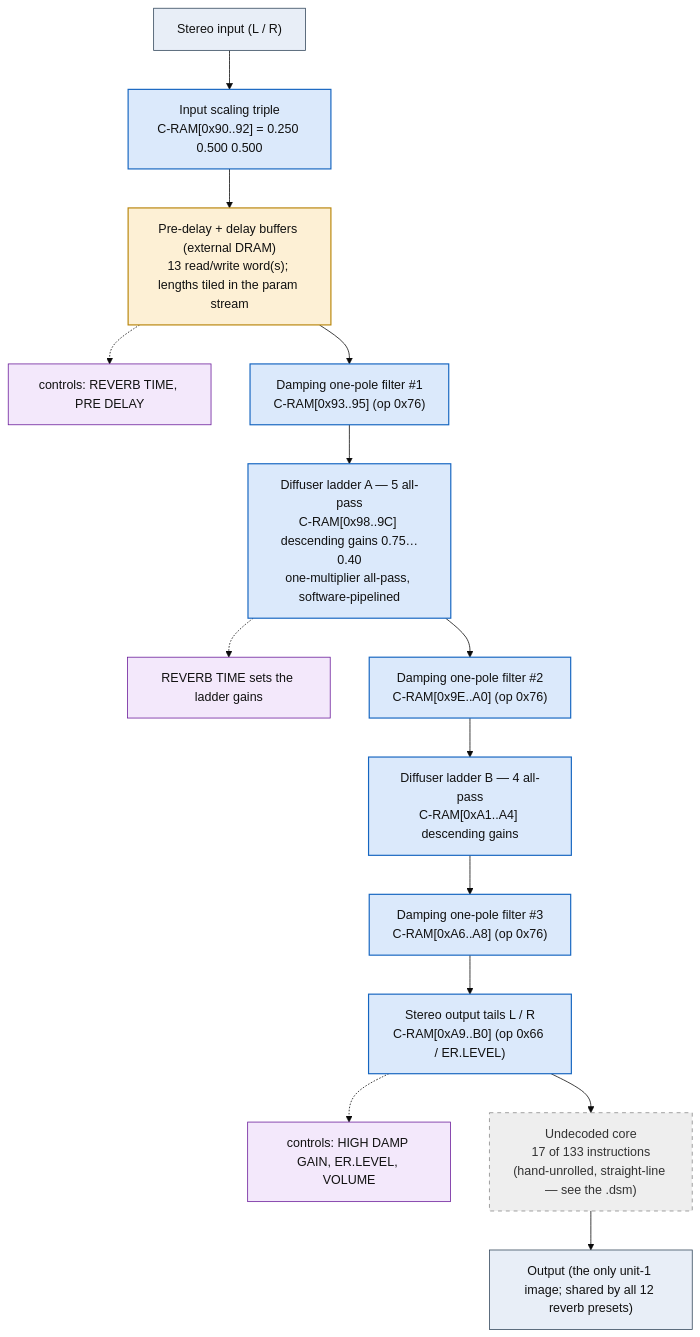
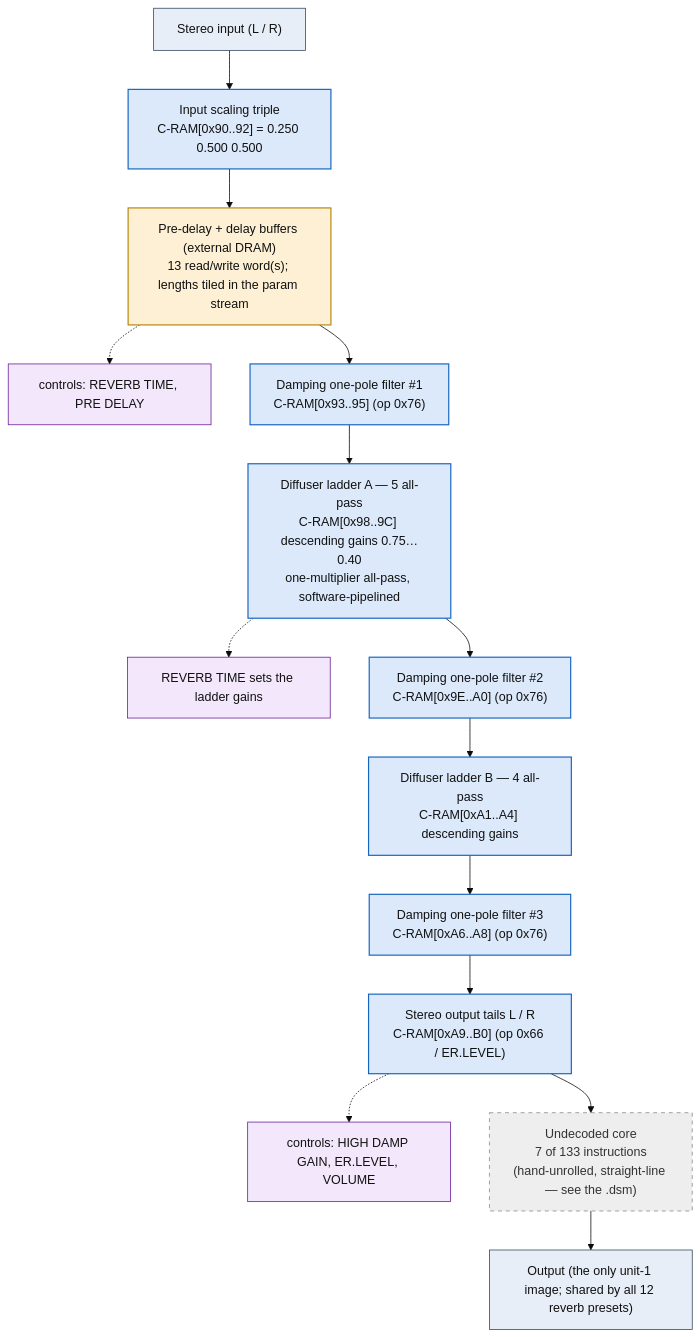
One commit to ArqueologiaDigital/kn5000-roms-disasm changed the diagram in dsp/flowcharts/prog16_room_reverb_1.md. Above: the diagram before and after it, drawn with Mermaid (base theme). The commit also changed other lines of this file and 78 other files, not shown here.

````diff
--- a/dsp/flowcharts/prog16_room_reverb_1.md
+++ b/dsp/flowcharts/prog16_room_reverb_1.md
@@ -12,42 +12,42 @@
 ```mermaid
 flowchart TD
     N0["Stereo input (L / R)"]
     N1["Input scaling triple<br/>C-RAM[0x90..92] = 0.250 0.500 0.500"]
     N0 --> N1
     N2["Pre-delay + delay buffers (external DRAM)<br/>13 read/write word(s); lengths tiled in the param stream"]
     N1 --> N2
     N3["controls: REVERB TIME, PRE DELAY"]
     N2 -.-> N3
     N4["Damping one-pole filter #1<br/>C-RAM[0x93..95] (op 0x76)"]
     N2 --> N4
     N5["Diffuser ladder A &mdash; 5 all-pass<br/>C-RAM[0x98..9C] descending gains 0.75&hellip;0.40<br/>one-multiplier all-pass, software-pipelined"]
     N4 --> N5
     N6["REVERB TIME sets the ladder gains"]
     N5 -.-> N6
     N7["Damping one-pole filter #2<br/>C-RAM[0x9E..A0] (op 0x76)"]
     N5 --> N7
     N8["Diffuser ladder B &mdash; 4 all-pass<br/>C-RAM[0xA1..A4] descending gains"]
     N7 --> N8
     N9["Damping one-pole filter #3<br/>C-RAM[0xA6..A8] (op 0x76)"]
     N8 --> N9
     N10["Stereo output tails L / R<br/>C-RAM[0xA9..B0] (op 0x66 / ER.LEVEL)"]
     N9 --> N10
     N11["controls: HIGH DAMP GAIN, ER.LEVEL, VOLUME"]
     N10 -.-> N11
-    N12["Undecoded core<br/>17 of 133 instructions<br/>(hand-unrolled, straight-line &mdash; see the .dsm)"]
+    N12["Undecoded core<br/>7 of 133 instructions<br/>(hand-unrolled, straight-line &mdash; see the .dsm)"]
     N10 --> N12
     N13["Output (the only unit-1 image; shared by all 12 reverb presets)"]
     N12 --> N13
 
     classDef io fill:#e8eef7,stroke:#33475b,stroke-width:1px,color:#111;
     classDef proven fill:#d7f0d7,stroke:#2e7d32,stroke-width:2px,color:#111;
     classDef measured fill:#dbe9fb,stroke:#1565c0,stroke-width:1.5px,color:#111;
     classDef inferred fill:#fdf0d5,stroke:#b8860b,stroke-width:1.5px,color:#111;
     classDef open fill:#eeeeee,stroke:#888,stroke-width:1px,color:#333,stroke-dasharray:5 5;
     classDef ctrl fill:#f3e8fb,stroke:#6a1b9a,stroke-width:1px,color:#111;
     class N0,N13 io;
     class N1,N4,N5,N7,N8,N9,N10 measured;
     class N2 inferred;
     class N3,N6,N11 ctrl;
     class N12 open;
 ```
````
